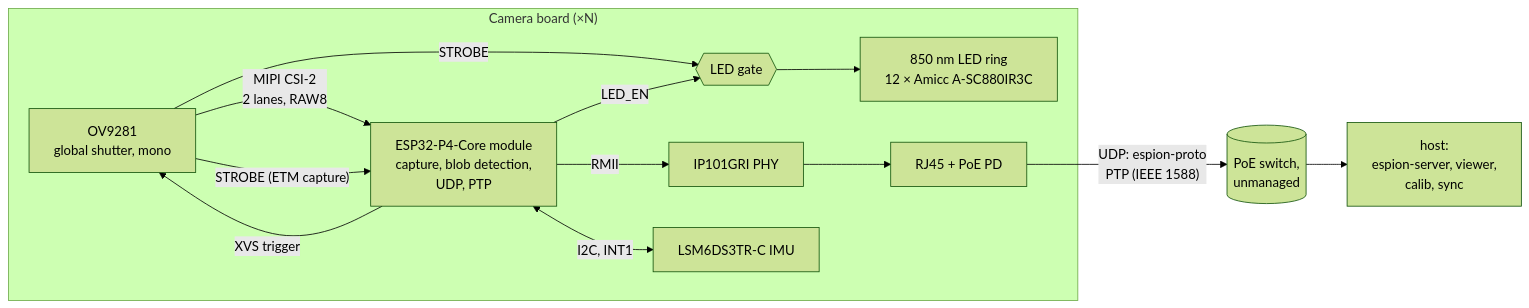
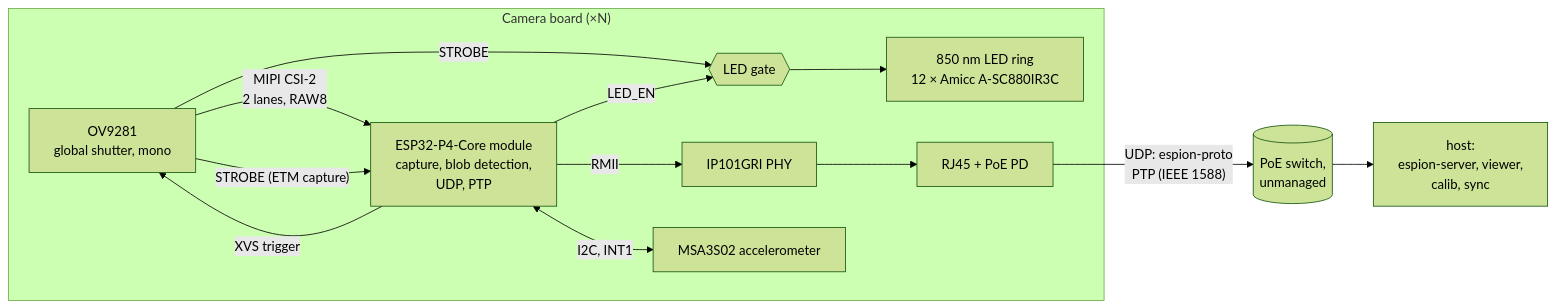
One commit to azais-corentin/espion changed the first of 2 diagrams in docs/architecture.md. Above: the diagram before and after it, drawn with Mermaid (forest theme). The commit also changed other lines of this file and 12 other files, not shown here.

````diff
--- a/docs/architecture.md
+++ b/docs/architecture.md
@@ -7,16 +7,16 @@
 ```mermaid
 flowchart LR
   subgraph board["Camera board (×N)"]
     S[OV9281<br/>global shutter, mono] -- "MIPI CSI-2<br/>2 lanes, RAW8" --> P4[ESP32-P4-Core module<br/>capture, blob detection,<br/>UDP, PTP]
     P4 -- "XVS trigger" --> S
     S -- STROBE --> G{{LED gate}}
     S -- "STROBE (ETM capture)" --> P4
     P4 -- LED_EN --> G
     G --> L[850 nm LED ring<br/>12 × Amicc A-SC880IR3C]
     P4 -- RMII --> PHY[IP101GRI PHY]
     PHY --> J[RJ45 + PoE PD]
-    P4 <-- "I2C, INT1" --> IMU[LSM6DS3TR-C IMU]
+    P4 <-- "I2C, INT1" --> IMU[MSA3S02 accelerometer]
   end
   J -- "UDP: espion-proto<br/>PTP (IEEE 1588)" --> SW[(PoE switch,<br/>unmanaged)]
   SW --> H[host:<br/>espion-server, viewer,<br/>calib, sync]
 ```
````
